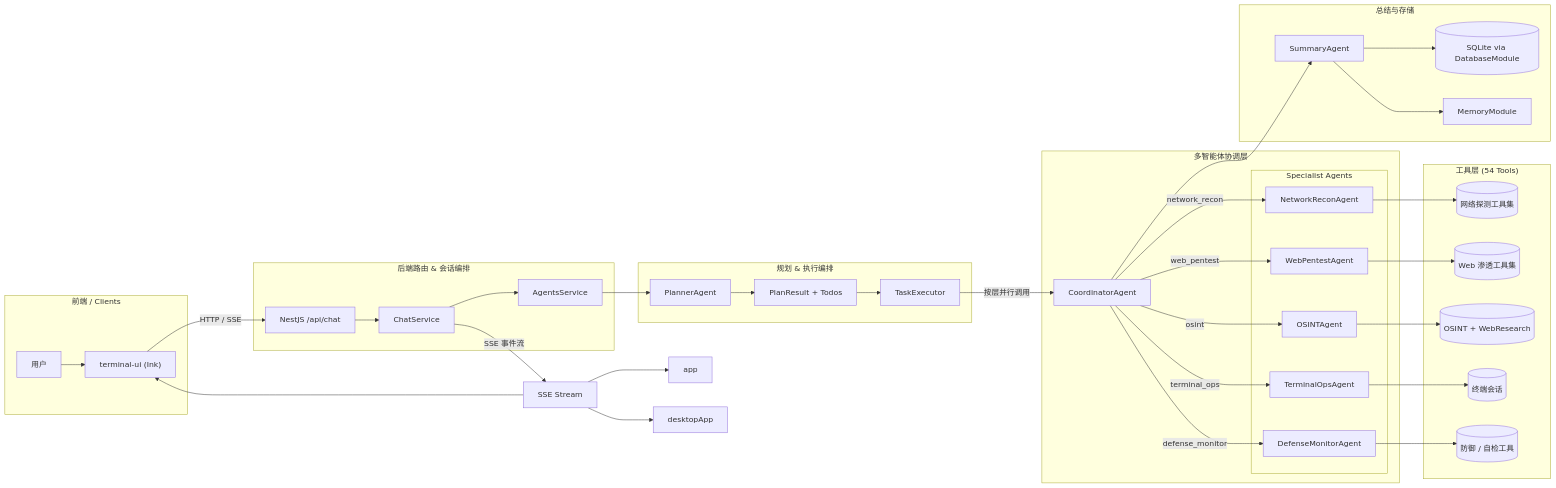
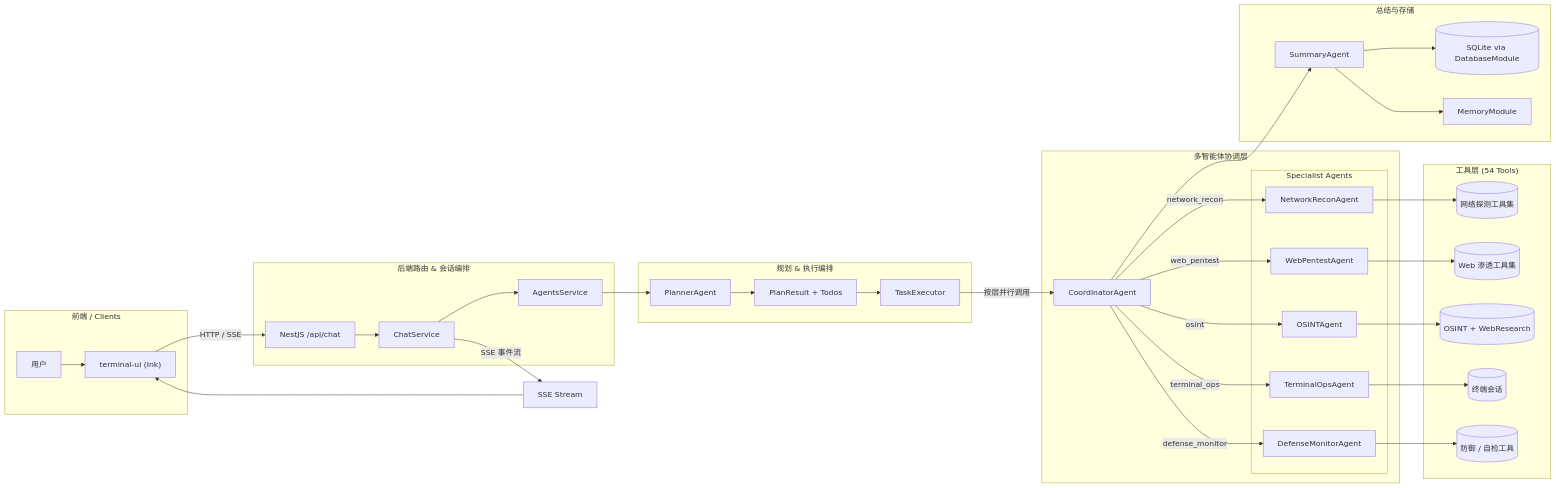
Before and after one commit to iammm0/secbot: the diagram in README_CN.md, drawn with Mermaid. The commit also changed other lines of this file and 26 other files, not shown here.

````diff
--- a/README_CN.md
+++ b/README_CN.md
@@ -60,65 +60,63 @@
 ```mermaid
 flowchart LR
   subgraph FrontendClients["前端 / Clients"]
     user[用户]
     tui["terminal-ui (Ink)"]
   end
 
   user --> tui
 
   tui -->|HTTP / SSE| api["NestJS /api/chat"]
 
   subgraph BackendRouter["后端路由 & 会话编排"]
     api --> chatSvc["ChatService"]
     chatSvc --> agentsSvc["AgentsService"]
   end
 
   subgraph PlanningExecution["规划 & 执行编排"]
     agentsSvc --> planner["PlannerAgent"]
     planner --> planResult["PlanResult + Todos"]
     planResult --> executor["TaskExecutor"]
   end
 
   subgraph AgentOrchestration["多智能体协调层"]
     executor -->|"按层并行调用"| coord["CoordinatorAgent"]
 
     subgraph SpecialistAgents["Specialist Agents"]
       net[NetworkReconAgent]
       webAgent[WebPentestAgent]
       osint[OSINTAgent]
       term[TerminalOpsAgent]
       defend[DefenseMonitorAgent]
     end
   end
 
   coord -->|network_recon| net
   coord -->|web_pentest| webAgent
   coord -->|osint| osint
   coord -->|terminal_ops| term
   coord -->|defense_monitor| defend
 
   subgraph ToolsLayer["工具层 (54 Tools)"]
     toolsNet[(网络探测工具集)]
     toolsWeb[(Web 渗透工具集)]
     toolsOsint[(OSINT + WebResearch)]
     toolsTerm[(终端会话)]
     toolsDef[(防御 / 自检工具)]
   end
 
   net --> toolsNet
   webAgent --> toolsWeb
   osint --> toolsOsint
   term --> toolsTerm
   defend --> toolsDef
 
   subgraph SummaryStorage["总结与存储"]
     coord --> summary[SummaryAgent]
     summary --> db[(SQLite via DatabaseModule)]
     summary --> memoryMod[MemoryModule]
   end
 
   chatSvc -->|SSE 事件流| sse[SSE Stream]
   sse --> tui
-  sse --> app
-  sse --> desktopApp
 ```
````
